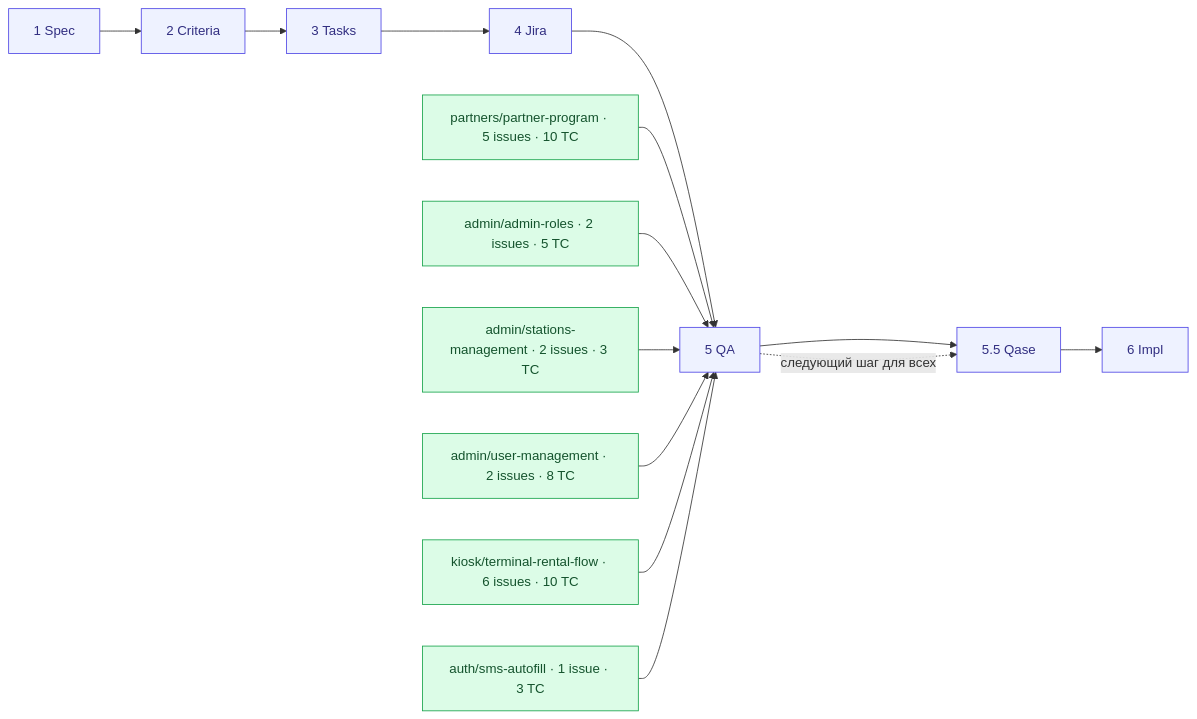
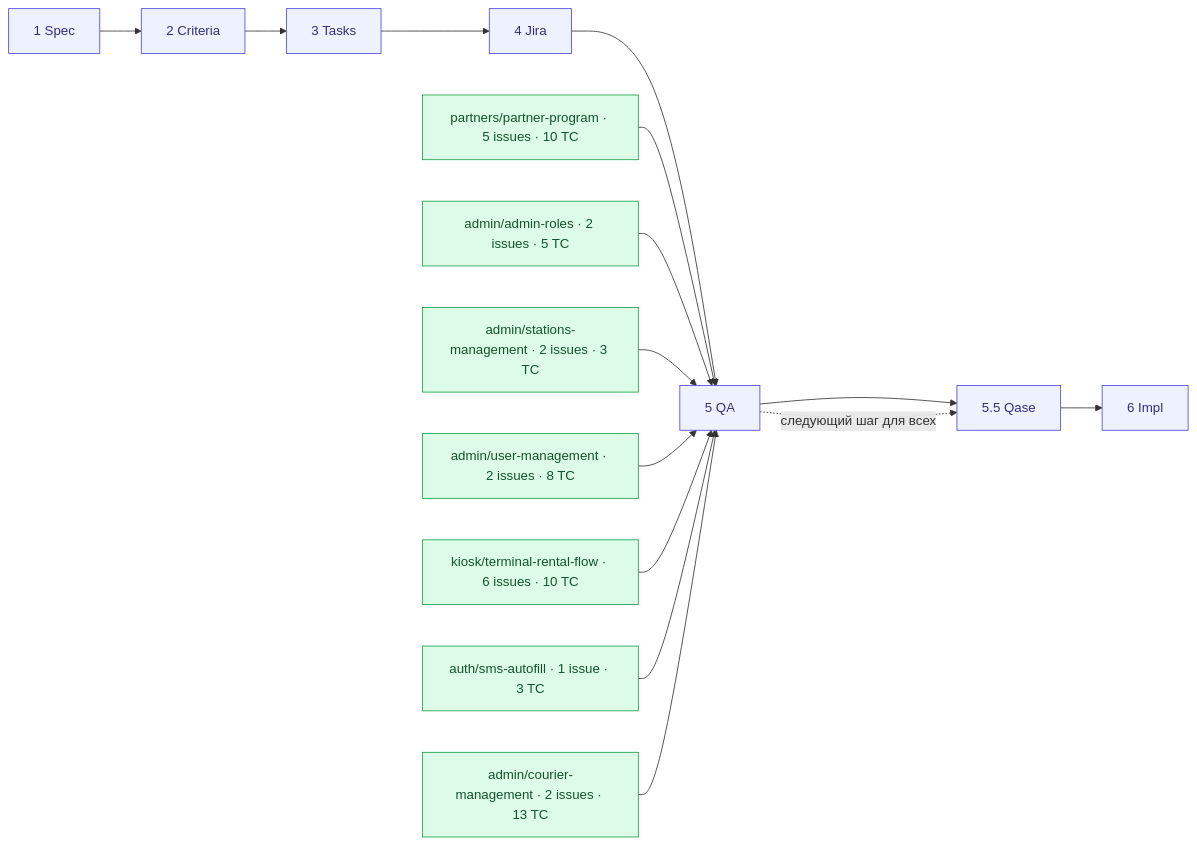
One commit to yatsin11-gif/example changed the diagram in gozap-documentation/sa/docs/SYSTEM-MAP.md. Above: the diagram before and after it, drawn with Mermaid. The commit also changed other lines of this file and 10 other files, not shown here.

First line of the commit message:
admin/courier-management: new feature — courier role and super-admin courier management

````diff
--- a/gozap-documentation/sa/docs/SYSTEM-MAP.md
+++ b/gozap-documentation/sa/docs/SYSTEM-MAP.md
@@ -31,17 +32,18 @@
 ```mermaid
 flowchart LR
     classDef done fill:#dcfce7,stroke:#16a34a,color:#14532d;
     classDef planned fill:#f1f5f9,stroke:#94a3b8,color:#334155;
     classDef stage fill:#eef2ff,stroke:#4f46e5,color:#312e81;
 
     SPEC[1 Spec]:::stage --> CRIT[2 Criteria]:::stage --> TASK[3 Tasks]:::stage --> JIRA[4 Jira]:::stage --> QA[5 QA]:::stage --> QASE[5.5 Qase]:::stage --> IMPL[6 Impl]:::stage
 
     PP[partners/partner-program · 5 issues · 10 TC]:::done --> QA
     AR[admin/admin-roles · 2 issues · 5 TC]:::done --> QA
     SM[admin/stations-management · 2 issues · 3 TC]:::done --> QA
     UM[admin/user-management · 2 issues · 8 TC]:::done --> QA
     TRF[kiosk/terminal-rental-flow · 6 issues · 10 TC]:::done --> QA
     SA[auth/sms-autofill · 1 issue · 3 TC]:::done --> QA
+    CM[admin/courier-management · 2 issues · 13 TC]:::done --> QA
 
     QA -.->|следующий шаг для всех| QASE
 ```
````
